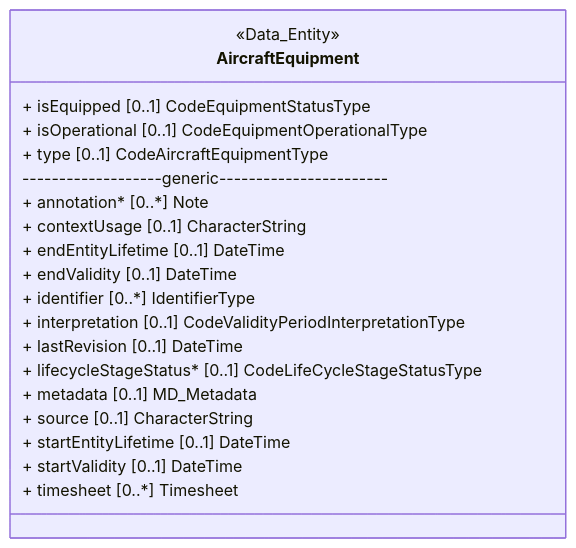
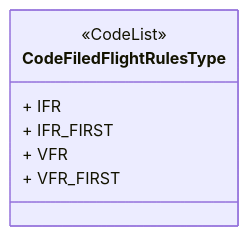
Diagram 12 of 55 in README.md (hlepori/testAIRM), drawn with Mermaid before and after one commit. The commit also changed other lines of this file, not shown here.

````diff
--- a/README.md
+++ b/README.md
@@ -318,23 +389,10 @@
 ```mermaid	
 classDiagram	
-class AircraftEquipment	
-<<Data_Entity>> AircraftEquipment	
-link AircraftEquipment "https://airm.aero/developers/advanced-search/1.0.0/AircraftEquipment?model=LogicalModel" "Go to definition"	
-AircraftEquipment : + isEquipped [0..1] CodeEquipmentStatusType	
-AircraftEquipment : + isOperational [0..1] CodeEquipmentOperationalType	
-AircraftEquipment : + type [0..1] CodeAircraftEquipmentType	
-AircraftEquipment: -------------------generic-----------------------	
-AircraftEquipment : + annotation* [0..*] Note	
-AircraftEquipment : + contextUsage [0..1] CharacterString	
-AircraftEquipment : + endEntityLifetime [0..1] DateTime	
-AircraftEquipment : + endValidity [0..1] DateTime	
-AircraftEquipment : + identifier [0..*] IdentifierType	
-AircraftEquipment : + interpretation [0..1] CodeValidityPeriodInterpretationType	
-AircraftEquipment : + lastRevision [0..1] DateTime	
-AircraftEquipment : + lifecycleStageStatus* [0..1] CodeLifeCycleStageStatusType	
-AircraftEquipment : + metadata [0..1] MD_Metadata	
-AircraftEquipment : + source [0..1] CharacterString	
-AircraftEquipment : + startEntityLifetime [0..1] DateTime	
-AircraftEquipment : + startValidity [0..1] DateTime	
-AircraftEquipment : + timesheet [0..*] Timesheet	
+class CodeFiledFlightRulesType	
+<<CodeList>> CodeFiledFlightRulesType	
+link CodeFiledFlightRulesType "https://airm.aero/developers/advanced-search/1.0.0/CodeFiledFlightRulesType?model=LogicalModel" "Go to definition"	
+CodeFiledFlightRulesType : + IFR	
+CodeFiledFlightRulesType : + IFR_FIRST	
+CodeFiledFlightRulesType : + VFR	
+CodeFiledFlightRulesType : + VFR_FIRST	
 ```	
````
